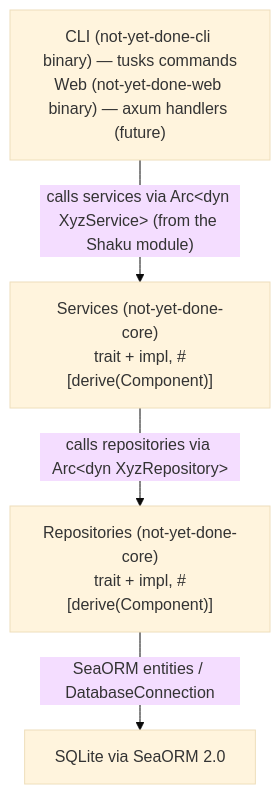
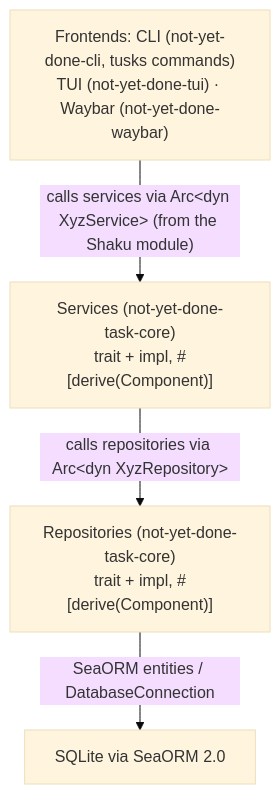
One commit to bschnitz/not-yet-done changed the diagram in ARCHITECTURE.md. Above: the diagram before and after it, drawn with Mermaid (base theme). The commit also changed other lines of this file, not shown here.

First line of the commit message:
docs: bring the root ARCHITECTURE.md back in line with the code

````diff
--- a/ARCHITECTURE.md
+++ b/ARCHITECTURE.md
@@ -38,10 +45,10 @@
 ```mermaid
 flowchart TD
-    A["CLI (not-yet-done-cli binary) — tusks commands<br/>Web (not-yet-done-web binary) — axum handlers (future)"]
-    B["Services (not-yet-done-core)<br/>trait + impl, #[derive(Component)]"]
-    C["Repositories (not-yet-done-core)<br/>trait + impl, #[derive(Component)]"]
+    A["Frontends: CLI (not-yet-done-cli, tusks commands)<br/>TUI (not-yet-done-tui) · Waybar (not-yet-done-waybar)"]
+    B["Services (not-yet-done-task-core)<br/>trait + impl, #[derive(Component)]"]
+    C["Repositories (not-yet-done-task-core)<br/>trait + impl, #[derive(Component)]"]
     D["SQLite via SeaORM 2.0"]
     A -->|"calls services via Arc&lt;dyn XyzService&gt; (from the Shaku module)"| B
     B -->|"calls repositories via Arc&lt;dyn XyzRepository&gt;"| C
     C -->|"SeaORM entities / DatabaseConnection"| D
 ```
````
